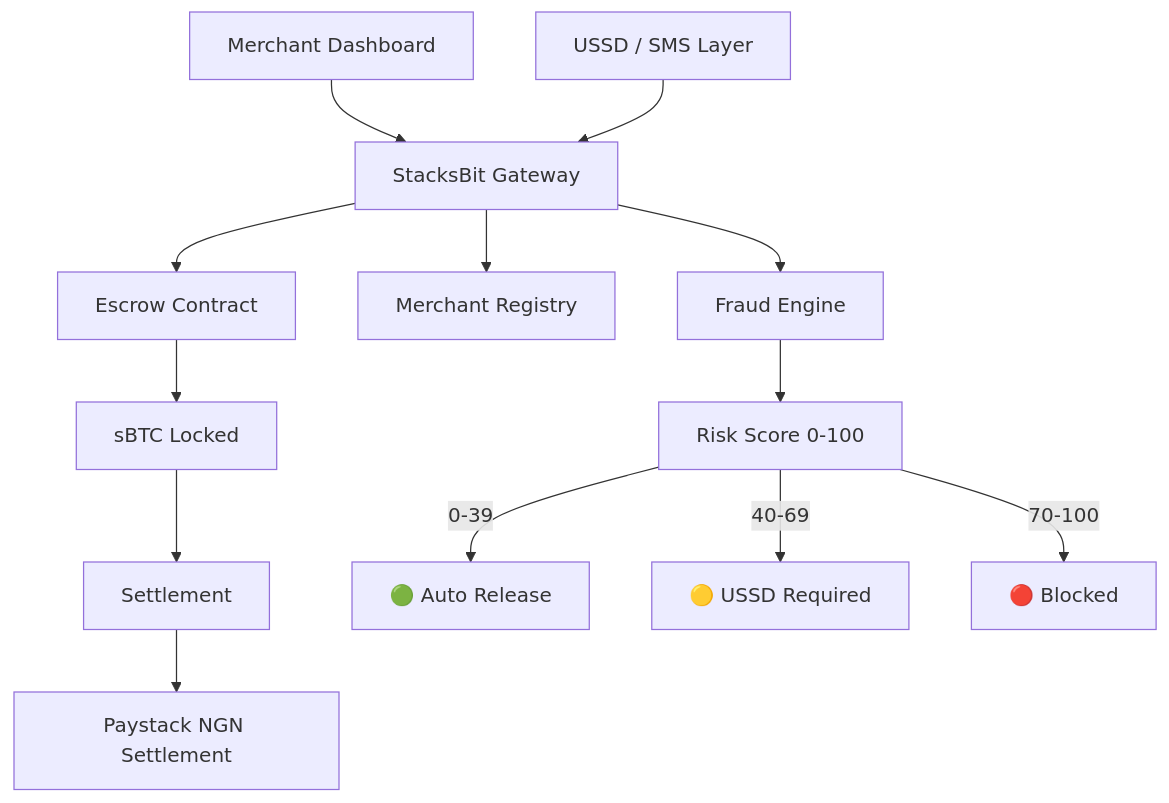
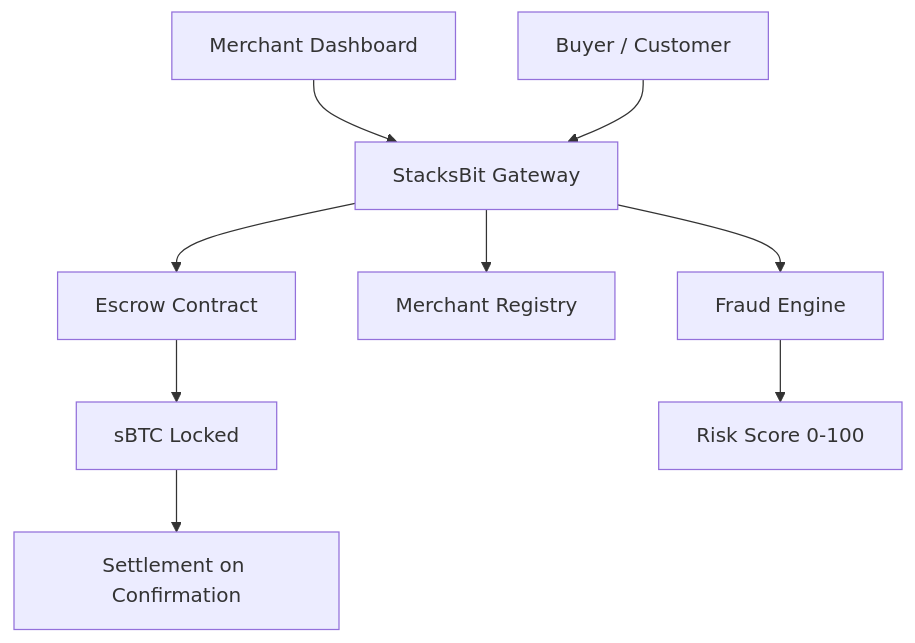
The first of 4 diagrams in README.md (rogersterkaa/StacksBit), drawn with Mermaid before and after one commit. The commit also changed other lines of this file, not shown here.

Commit message:
docs: update README with fraud-protection reframe and current product state

````diff
--- a/README.md
+++ b/README.md
@@ -32,15 +53,11 @@
 ```mermaid
 graph TD
     A[Merchant Dashboard] --> B[StacksBit Gateway]
-    B --> C[Escrow Contract]
-    B --> D[Merchant Registry]
-    B --> E[Fraud Engine]
-    C --> F[sBTC Locked]
-    F --> G[Settlement]
-    G --> H[Paystack NGN Settlement]
-    E --> I[Risk Score 0-100]
-    J[USSD / SMS Layer] --> B
-    I -->|0-39| K[🟢 Auto Release]
-    I -->|40-69| L[🟡 USSD Required]
-    I -->|70-100| M[🔴 Blocked]
+    C[Buyer / Customer] --> B
+    B --> D[Escrow Contract]
+    B --> E[Merchant Registry]
+    B --> F[Fraud Engine]
+    D --> G[sBTC Locked]
+    G --> H[Settlement on Confirmation]
+    F --> I[Risk Score 0-100]
 ```
````
